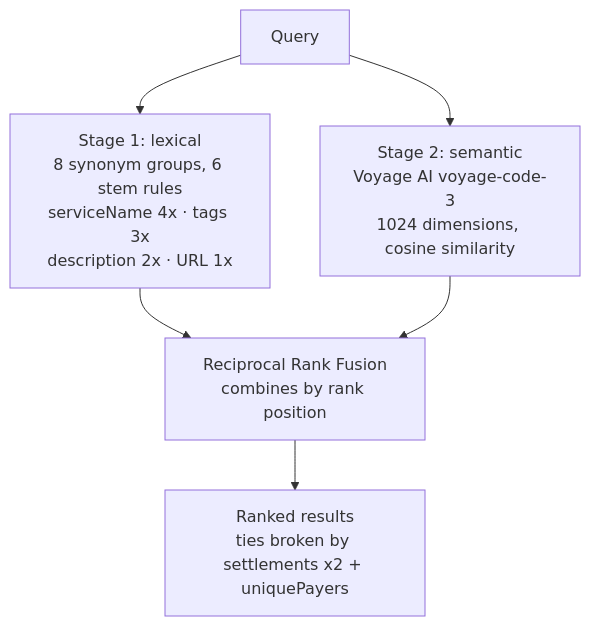
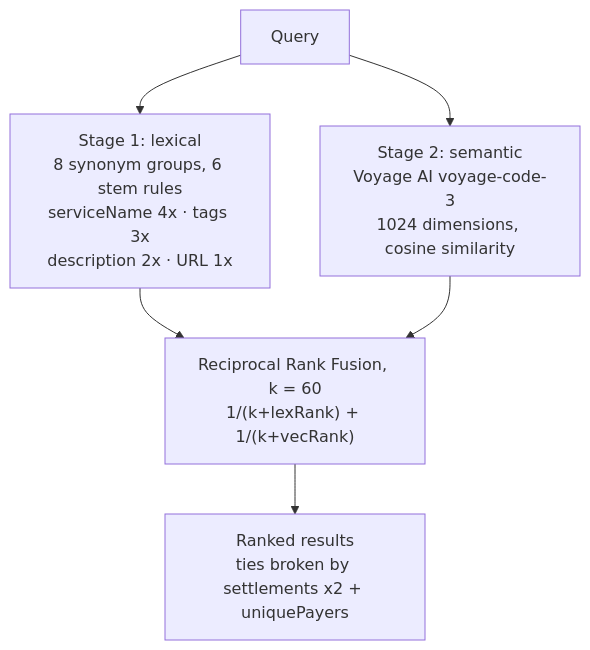
One commit to Vellar-Wallet/vellar-sdk changed the sixth of 6 diagrams in website/content/docs/architecture/overview.md. Above: the diagram before and after it, drawn with Mermaid. The commit also changed other lines of this file and 1 other file, not shown here.

First line of the commit message:
docs: document the RRF fusion constant k = 60

````diff
--- a/website/content/docs/architecture/overview.md
+++ b/website/content/docs/architecture/overview.md
@@ -169,8 +169,8 @@
 ```mermaid
 flowchart TB
     Q["Query"] --> LEX["Stage 1: lexical<br/>8 synonym groups, 6 stem rules<br/>serviceName 4x · tags 3x<br/>description 2x · URL 1x"]
     Q --> SEM["Stage 2: semantic<br/>Voyage AI voyage-code-3<br/>1024 dimensions, cosine similarity"]
-    LEX --> RRF["Reciprocal Rank Fusion<br/>combines by rank position"]
+    LEX --> RRF["Reciprocal Rank Fusion, k = 60<br/>1/(k+lexRank) + 1/(k+vecRank)"]
     SEM --> RRF
     RRF --> OUT["Ranked results<br/>ties broken by settlements x2 + uniquePayers"]
 ```
````
